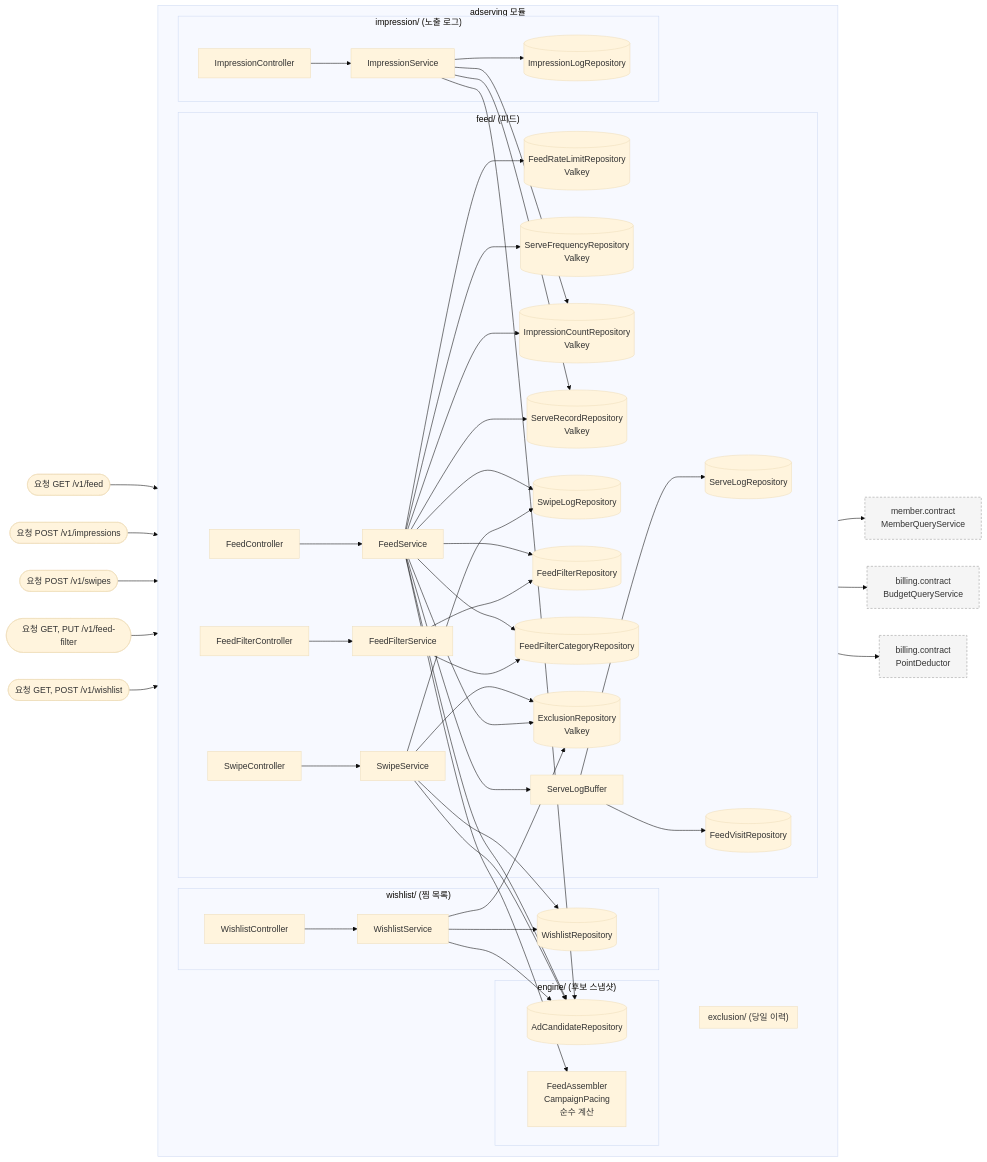
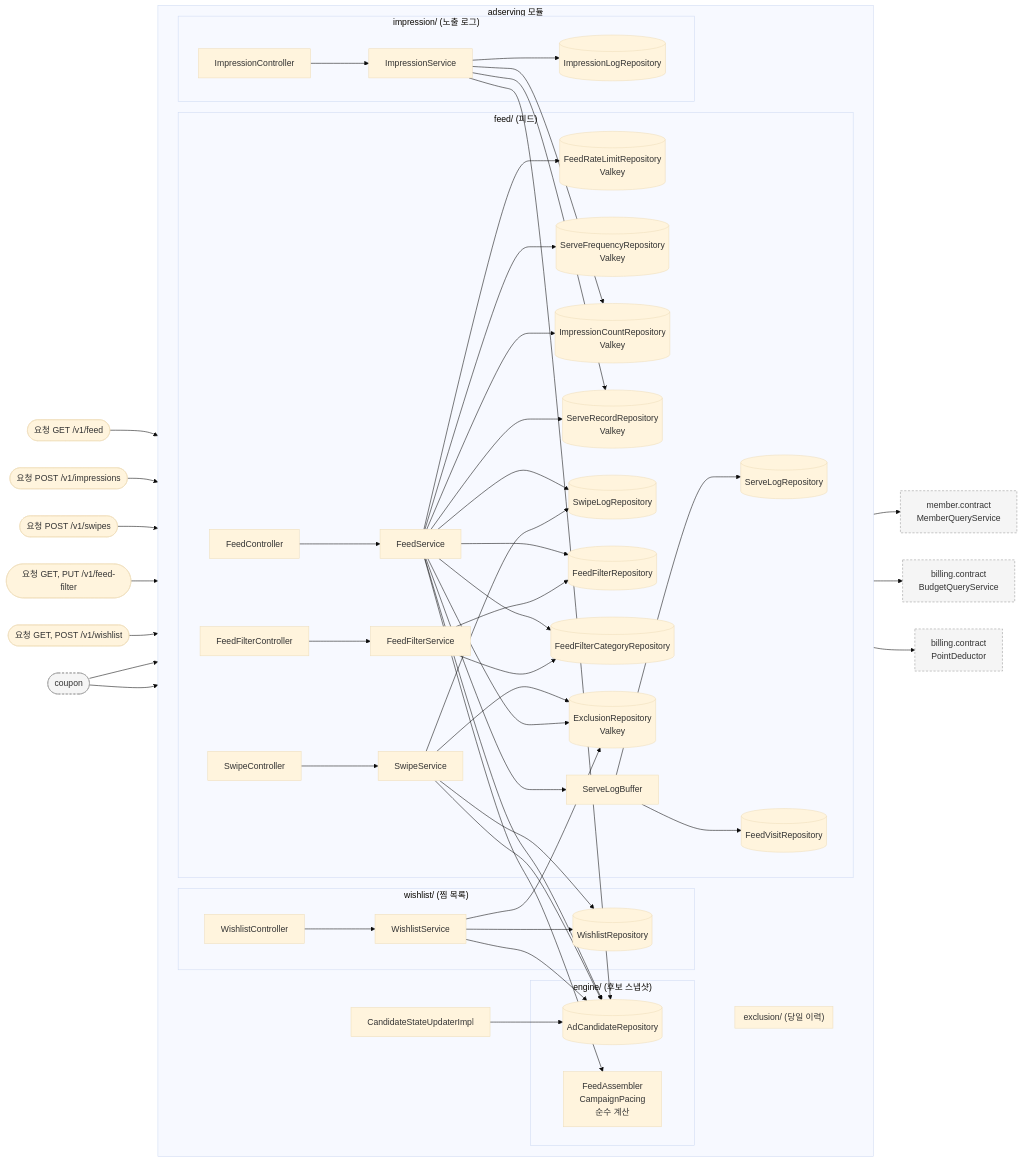
Before and after one commit to lunch-catch/lc-backend: the first of 5 diagrams in docs/design/adserving/adserving_구조와_동작_설계.md, drawn with Mermaid (base theme). The commit also changed other lines of this file and 12 other files, not shown here.

````diff
--- a/docs/design/adserving/adserving_구조와_동작_설계.md
+++ b/docs/design/adserving/adserving_구조와_동작_설계.md
@@ -210,69 +220,73 @@
 ```mermaid
 flowchart LR
     REQ([요청 GET /v1/feed]) --> FC
     REQ2([요청 POST /v1/impressions]) --> IMC
     REQ3([요청 POST /v1/swipes]) --> SWC
     REQ4([요청 GET, PUT /v1/feed-filter]) --> FFCT
     REQ5([요청 GET, POST /v1/wishlist]) --> WC
 
     subgraph adserving["adserving 모듈"]
         direction LR
 
         subgraph feed["feed/ (피드)"]
             FC[FeedController] --> FS[FeedService]
             FS --> RL[("FeedRateLimitRepository<br/>Valkey")]
             FS --> SF[("ServeFrequencyRepository<br/>Valkey")]
             FS --> IC[("ImpressionCountRepository<br/>Valkey")]
             FS --> SR[("ServeRecordRepository<br/>Valkey")]
             FS --> SW[(SwipeLogRepository)]
             FS --> FF[(FeedFilterRepository)]
             FS --> FFC[(FeedFilterCategoryRepository)]
             FFCT[FeedFilterController] --> FFS[FeedFilterService]
             FFS --> FF
             FFS --> FFC
             SWC[SwipeController] --> SWS[SwipeService]
             SWS --> SW
             SWS --> DE
             FS --> SB[ServeLogBuffer]
             SB --> SL[(ServeLogRepository)]
             SB --> FV[(FeedVisitRepository)]
         end
 
         subgraph exclusion["exclusion/ (당일 이력)"]
             DE[("ExclusionRepository<br/>Valkey")]
         end
 
         subgraph engine["engine/ (후보 스냅샷)"]
             AR[(AdCandidateRepository)]
             FA["FeedAssembler<br/>CampaignPacing<br/>순수 계산"]
         end
 
         subgraph wishlist["wishlist/ (찜 목록)"]
             WC[WishlistController] --> WS[WishlistService]
             WS --> WR[(WishlistRepository)]
         end
 
+        CSU[CandidateStateUpdaterImpl] --> AR
+
         subgraph impression["impression/ (노출 로그)"]
             IMC[ImpressionController] --> IMS[ImpressionService]
             IMS --> IML[(ImpressionLogRepository)]
         end
 
         FS --> AR
         FS --> DE
         FS --> FA
         IMS --> SR
         IMS --> IC
         IMS --> AR
         SWS --> WR
         SWS --> AR
         WS --> AR
         WS --> DE
     end
 
+    CP([coupon]) --> WS
+    CP --> CSU
     FS --> MQ["member.contract<br/>MemberQueryService"]
     FS --> BQ["billing.contract<br/>BudgetQueryService"]
     IMS --> PD["billing.contract<br/>PointDeductor"]
 
     classDef out fill:#f5f5f5,stroke:#999,stroke-dasharray:4 3
-    class MQ,BQ,PD out
+    class MQ,BQ,PD,CP out
 ```
````
